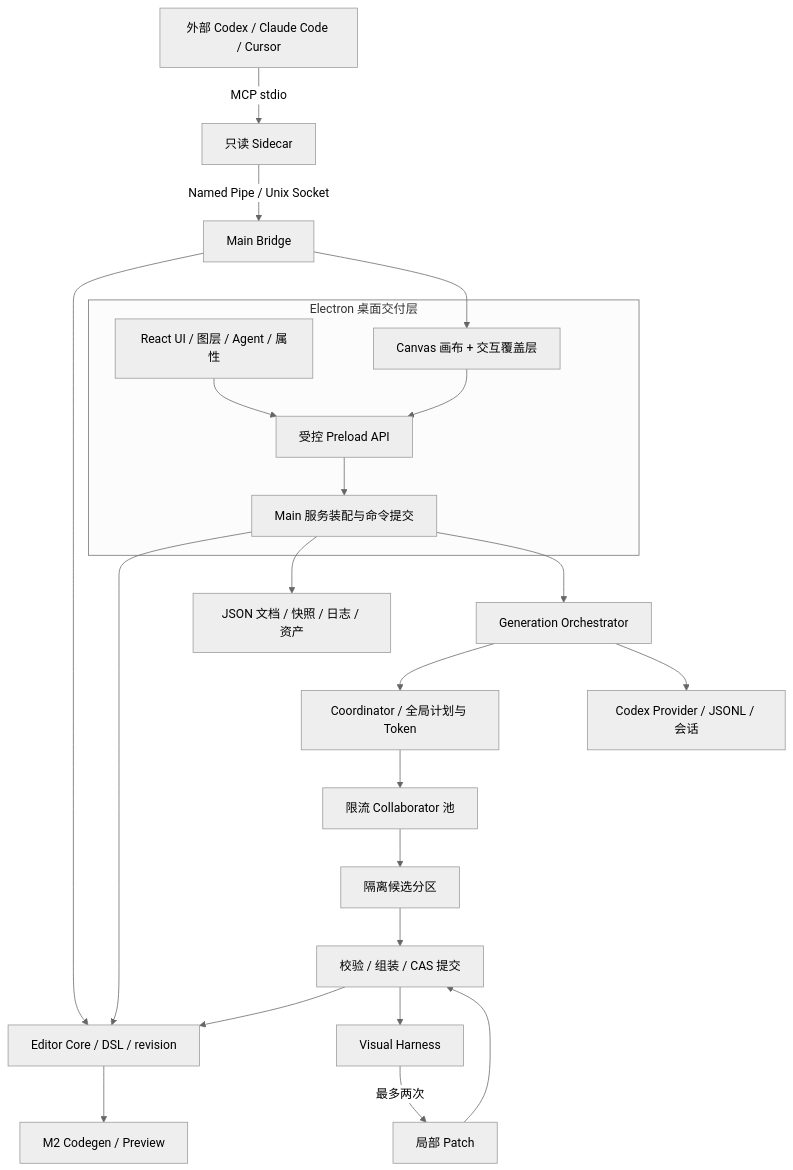
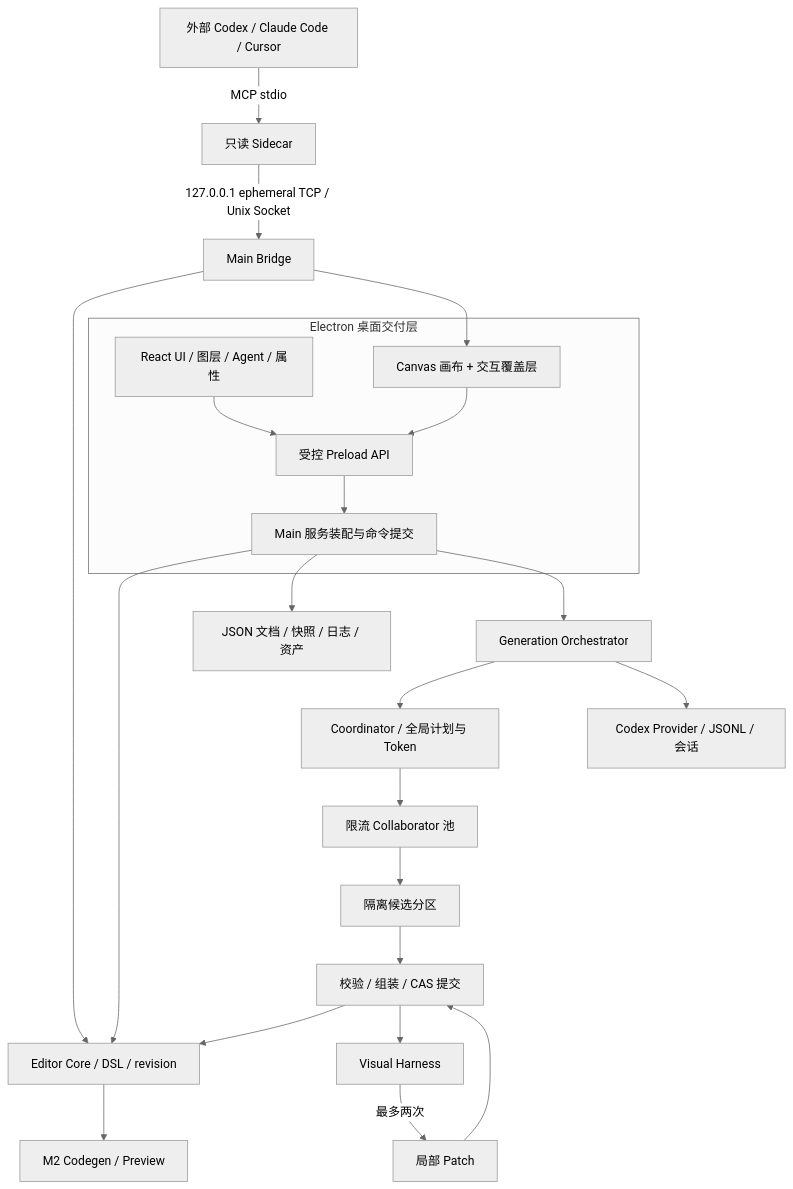
Before and after one commit to LK-Improving/ai-figma: the first of 3 diagrams in .agents/Documents/需求分析/需求/2026-09-30-15-47-类Figma-AI项目详细设计.md, drawn with Mermaid (neutral theme). The commit also changed other lines of this file and 25 other files, not shown here.

````diff
--- a/.agents/Documents/需求分析/需求/2026-09-30-15-47-类Figma-AI项目详细设计.md
+++ b/.agents/Documents/需求分析/需求/2026-09-30-15-47-类Figma-AI项目详细设计.md
@@ -126,29 +126,29 @@
 ```mermaid
 flowchart TB
   subgraph Desktop[Electron 桌面交付层]
     UI[React UI / 图层 / Agent / 属性]
     Canvas[Canvas 画布 + 交互覆盖层]
     Preload[受控 Preload API]
     Main[Main 服务装配与命令提交]
     UI --> Preload
     Canvas --> Preload
     Preload --> Main
   end
   Main --> Core[Editor Core / DSL / revision]
   Main --> Store[JSON 文档 / 快照 / 日志 / 资产]
   Main --> Orch[Generation Orchestrator]
   Orch --> Plan[Coordinator / 全局计划与 Token]
   Plan --> Pool[限流 Collaborator 池]
   Pool --> Draft[隔离候选分区]
   Draft --> Assembly[校验 / 组装 / CAS 提交]
   Assembly --> Core
   Assembly --> Verify[Visual Harness]
   Verify -->|最多两次| Repair[局部 Patch]
   Repair --> Assembly
   Orch --> Provider[Codex Provider / JSONL / 会话]
   External[外部 Codex / Claude Code / Cursor] -->|MCP stdio| MCP[只读 Sidecar]
-  MCP -->|Named Pipe / Unix Socket| Bridge[Main Bridge]
+  MCP -->|127.0.0.1 ephemeral TCP / Unix Socket| Bridge[Main Bridge]
   Bridge --> Core
   Bridge --> Canvas
   Core --> Codegen[M2 Codegen / Preview]
 ```
````
